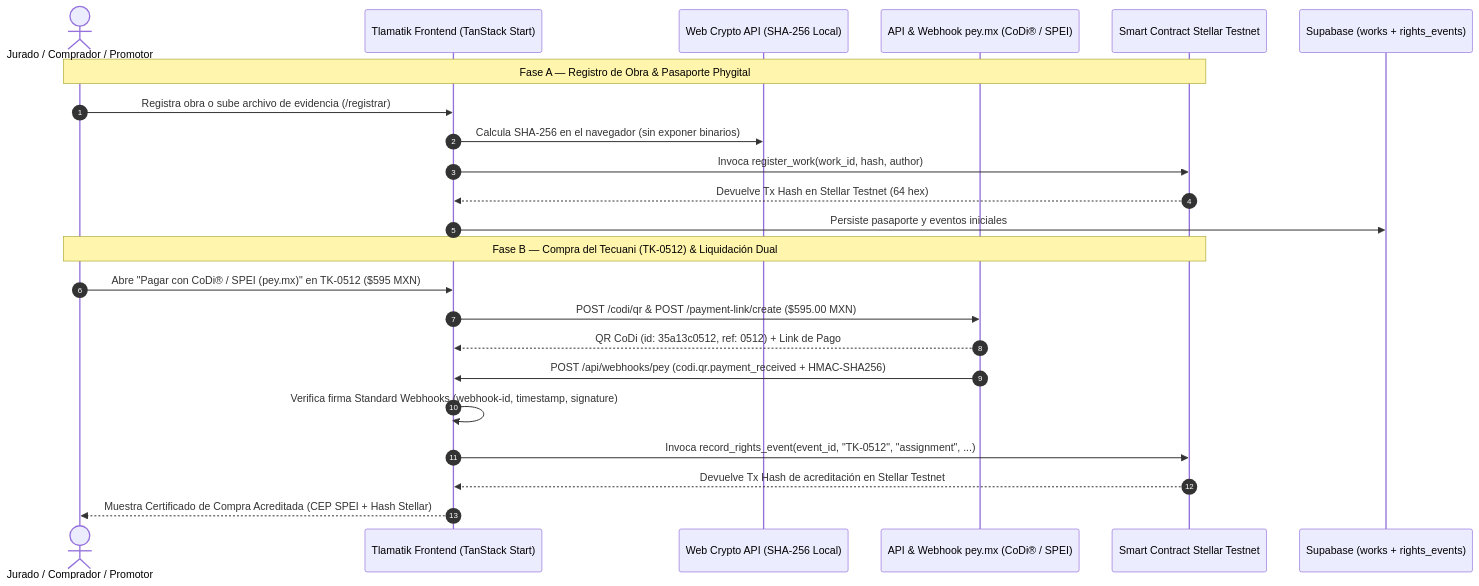
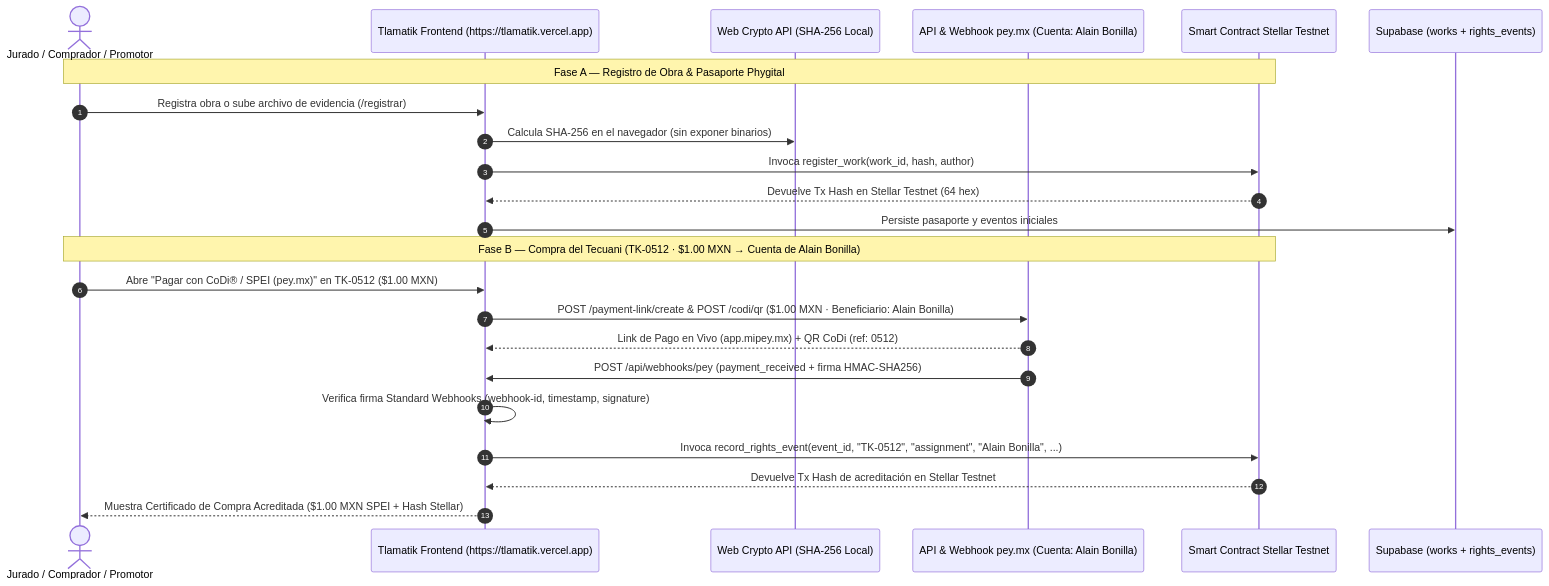
Before and after one commit to aeh-bonilla/ancestral-craft-passport: the diagram in docs/GUIA_JURADO_E2E.md, drawn with Mermaid. The commit also changed other lines of this file and 7 other files, not shown here.

Commit message:
feat: set Tecuani TK-0512 E2E test price to 1 MXN for Alain Bonilla account and update E2E guide

````diff
--- a/docs/GUIA_JURADO_E2E.md
+++ b/docs/GUIA_JURADO_E2E.md
@@ -9,27 +9,27 @@
 ```mermaid
 sequenceDiagram
     autonumber
     actor Juez as Jurado / Comprador / Promotor
-    participant UI as Tlamatik Frontend (TanStack Start)
+    participant UI as Tlamatik Frontend (https://tlamatik.vercel.app)
     participant Crypto as Web Crypto API (SHA-256 Local)
-    participant Pey as API & Webhook pey.mx (CoDi® / SPEI)
+    participant Pey as API & Webhook pey.mx (Cuenta: Alain Bonilla)
     participant Soroban as Smart Contract Stellar Testnet
     participant DB as Supabase (works + rights_events)
 
     Note over Juez,Soroban: Fase A — Registro de Obra & Pasaporte Phygital
     Juez->>UI: Registra obra o sube archivo de evidencia (/registrar)
     UI->>Crypto: Calcula SHA-256 en el navegador (sin exponer binarios)
     UI->>Soroban: Invoca register_work(work_id, hash, author)
     Soroban-->>UI: Devuelve Tx Hash en Stellar Testnet (64 hex)
     UI->>DB: Persiste pasaporte y eventos iniciales
 
-    Note over Juez,Soroban: Fase B — Compra del Tecuani (TK-0512) & Liquidación Dual
-    Juez->>UI: Abre "Pagar con CoDi® / SPEI (pey.mx)" en TK-0512 ($595 MXN)
-    UI->>Pey: POST /codi/qr & POST /payment-link/create ($595.00 MXN)
-    Pey-->>UI: QR CoDi (id: 35a13c0512, ref: 0512) + Link de Pago
-    Pey->>UI: POST /api/webhooks/pey (codi.qr.payment_received + HMAC-SHA256)
+    Note over Juez,Soroban: Fase B — Compra del Tecuani (TK-0512 · $1.00 MXN → Cuenta de Alain Bonilla)
+    Juez->>UI: Abre "Pagar con CoDi® / SPEI (pey.mx)" en TK-0512 ($1.00 MXN)
+    UI->>Pey: POST /payment-link/create & POST /codi/qr ($1.00 MXN · Beneficiario: Alain Bonilla)
+    Pey-->>UI: Link de Pago en Vivo (app.mipey.mx) + QR CoDi (ref: 0512)
+    Pey->>UI: POST /api/webhooks/pey (payment_received + firma HMAC-SHA256)
     UI->>UI: Verifica firma Standard Webhooks (webhook-id, timestamp, signature)
-    UI->>Soroban: Invoca record_rights_event(event_id, "TK-0512", "assignment", ...)
+    UI->>Soroban: Invoca record_rights_event(event_id, "TK-0512", "assignment", "Alain Bonilla", ...)
     Soroban-->>UI: Devuelve Tx Hash de acreditación en Stellar Testnet
-    UI-->>Juez: Muestra Certificado de Compra Acreditada (CEP SPEI + Hash Stellar)
+    UI-->>Juez: Muestra Certificado de Compra Acreditada ($1.00 MXN SPEI + Hash Stellar)
 ```
````
